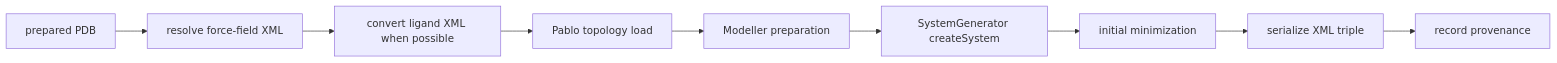
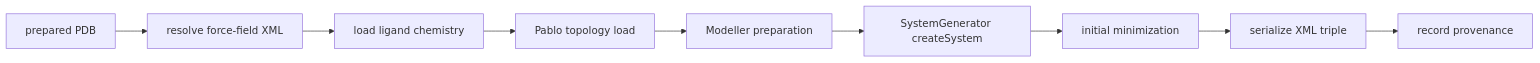
One commit to matsunagalab/mdclaw changed the third of 4 diagrams in docs/developer/architecture.md. Above: the diagram before and after it, drawn with Mermaid. The commit also changed other lines of this file and 59 other files, not shown here.

````diff
--- a/docs/developer/architecture.md
+++ b/docs/developer/architecture.md
@@ -209,11 +208,11 @@
 ```mermaid
 flowchart LR
   prepared[prepared PDB] --> resolve[resolve force-field XML]
-  resolve --> ligand[convert ligand XML when possible]
+  resolve --> ligand[load ligand chemistry]
   ligand --> pablo[Pablo topology load]
   pablo --> modeller[Modeller preparation]
   modeller --> system[SystemGenerator createSystem]
   system --> minimize[initial minimization]
   minimize --> serialize[serialize XML triple]
   serialize --> provenance[record provenance]
 ```
````
